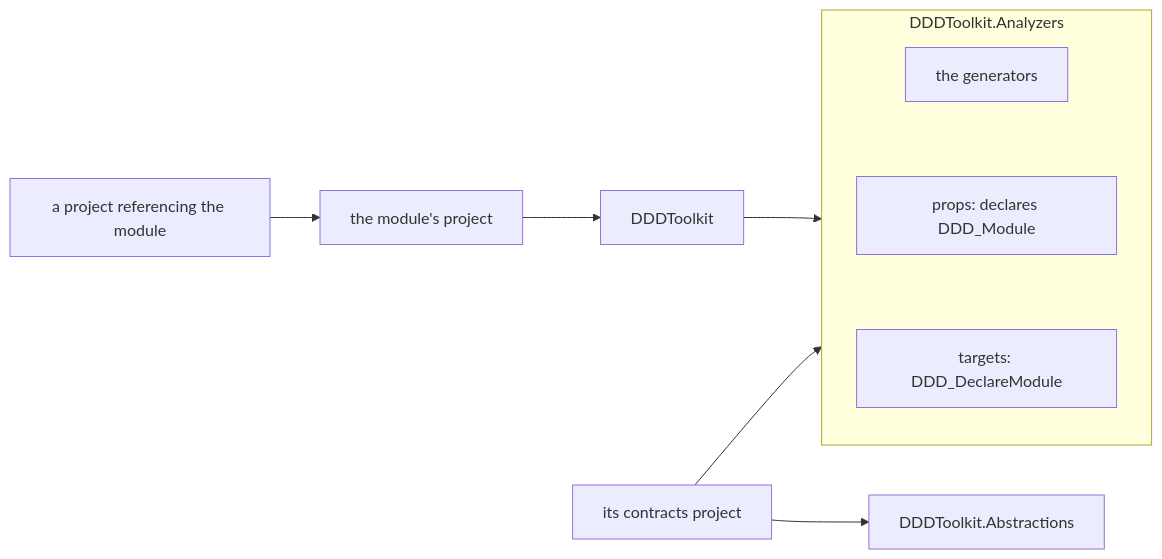
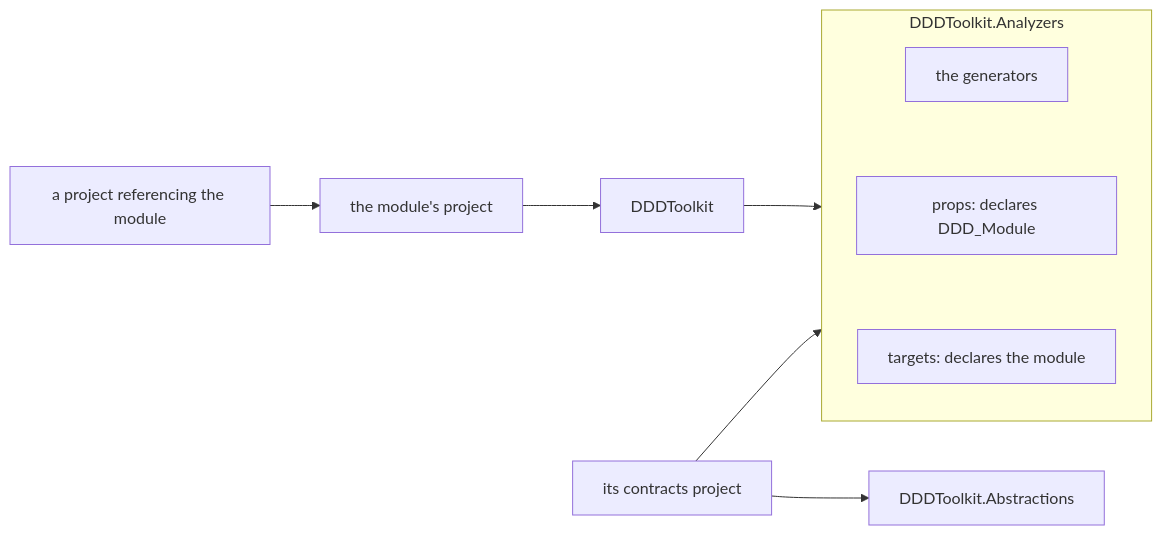
Before and after one commit to DylanSnel/DDDToolkit: the fourth of 4 diagrams in docs/modules.md, drawn with Mermaid. The commit also changed other lines of this file and 63 other files, not shown here.

First line of the commit message:
Modules: DDD_Module alone declares the module

````diff
--- a/docs/modules.md
+++ b/docs/modules.md
@@ -700,12 +701,12 @@
 ```mermaid
 flowchart LR
     Host["a project referencing the module"] --> Module["the module's project"]
     Module --> Core["DDDToolkit"]
     Core --> Analyzers
     Contracts["its contracts project"] --> Abstractions["DDDToolkit.Abstractions"]
     Contracts --> Analyzers
     subgraph Analyzers ["DDDToolkit.Analyzers"]
         direction TB
-        Generators["the generators"] ~~~ Props["props: declares DDD_Module"] ~~~ Targets["targets: DDD_DeclareModule"]
+        Generators["the generators"] ~~~ Props["props: declares DDD_Module"] ~~~ Targets["targets: declares the module"]
     end
 ```
````
